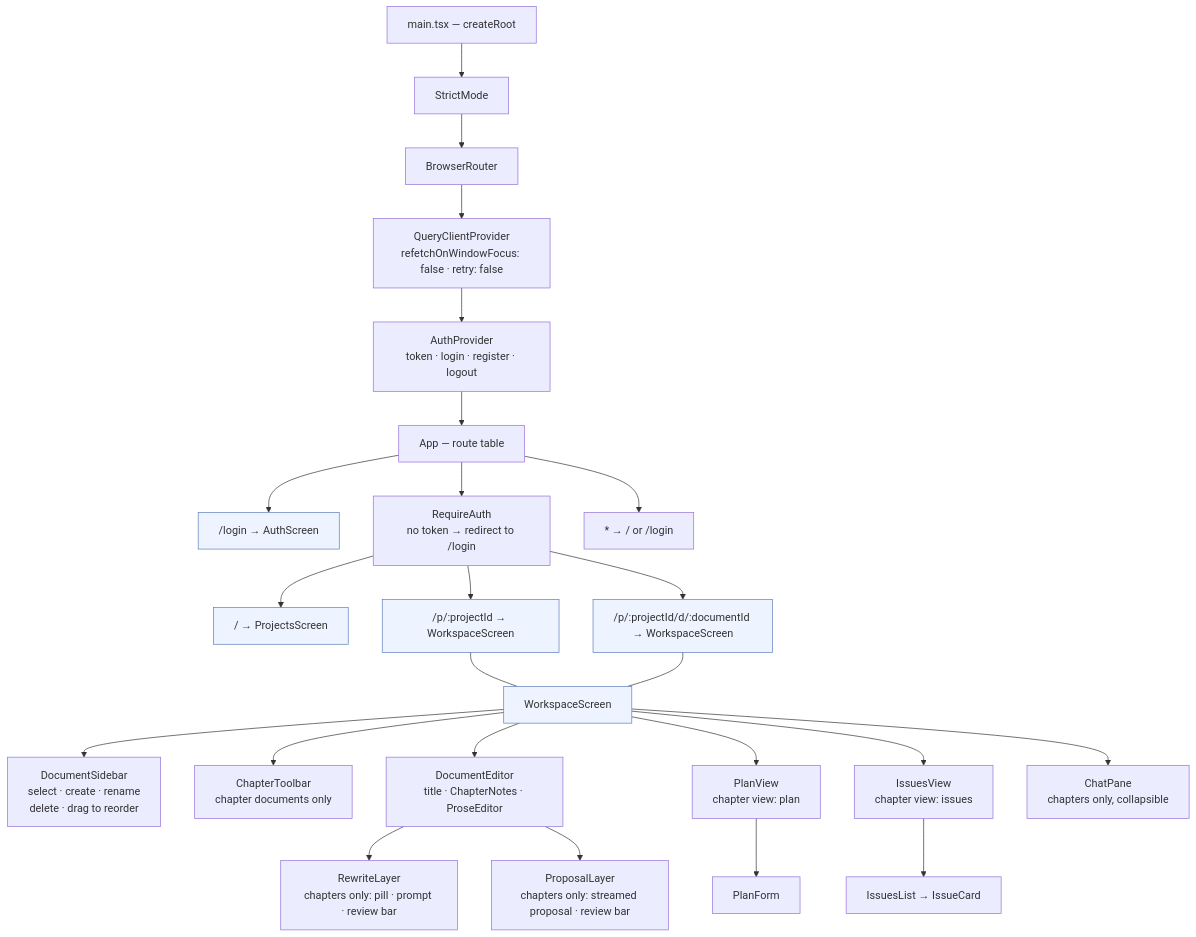
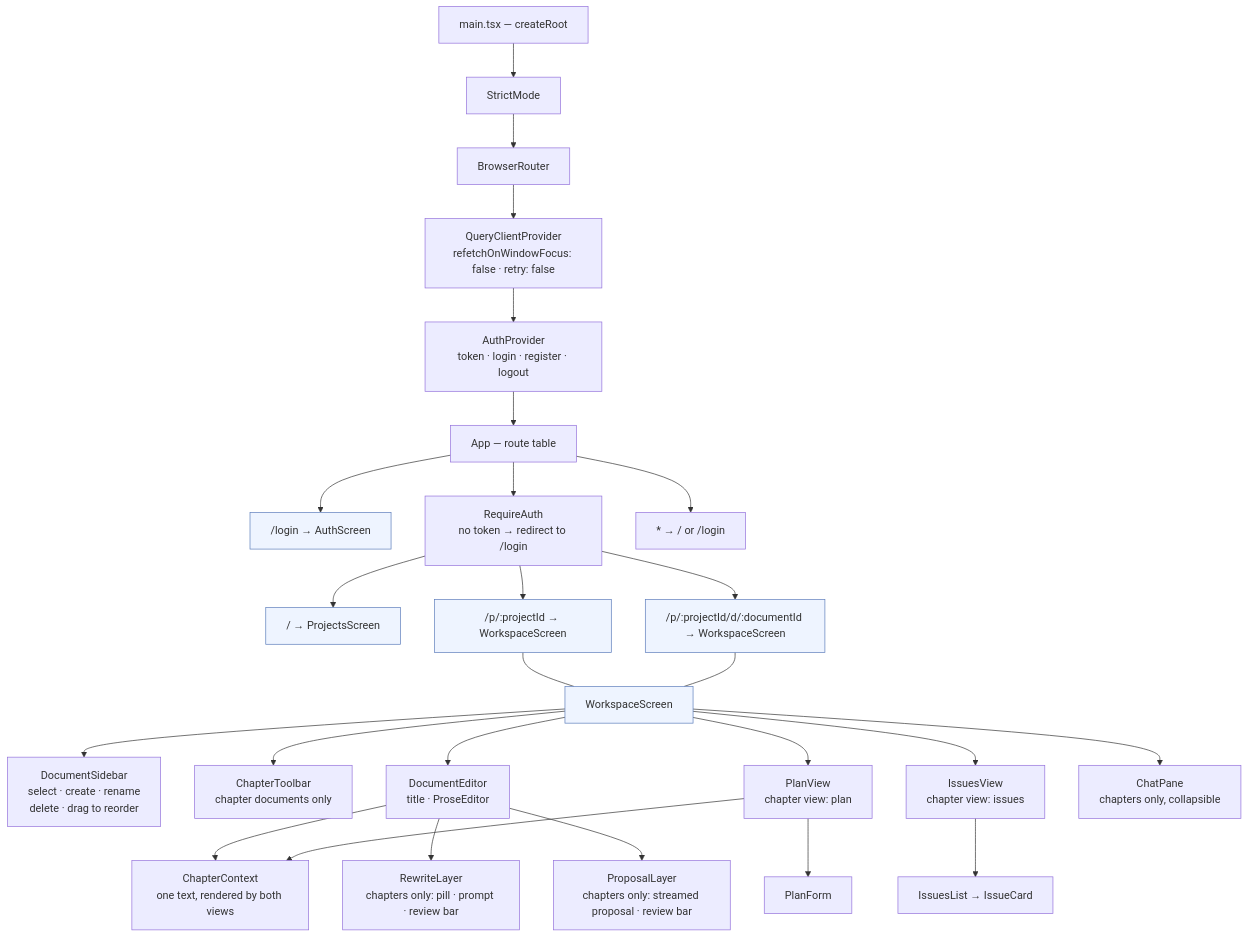
One commit to Akazz-L/maya changed the first of 3 diagrams in docs/diagrams/04-frontend-architecture.md. Above: the diagram before and after it, drawn with Mermaid. The commit also changed other lines of this file and 16 other files, not shown here.

First line of the commit message:
feat: chapter context, a plan you write or generate, and Review

````diff
--- a/docs/diagrams/04-frontend-architecture.md
+++ b/docs/diagrams/04-frontend-architecture.md
@@ -8,32 +8,34 @@
 ```mermaid
 graph TD
     ROOT["main.tsx — createRoot"] --> SM["StrictMode"]
     SM --> BR["BrowserRouter"]
     BR --> QCP["QueryClientProvider<br/>refetchOnWindowFocus: false · retry: false"]
     QCP --> AP["AuthProvider<br/>token · login · register · logout"]
     AP --> APP["App — route table"]
 
     APP --> LOGIN["/login → AuthScreen"]
     APP --> GUARD["RequireAuth<br/>no token → redirect to /login"]
     APP --> CATCH["* → / or /login"]
 
     GUARD --> PROJ["/ → ProjectsScreen"]
     GUARD --> WS1["/p/:projectId → WorkspaceScreen"]
     GUARD --> WS2["/p/:projectId/d/:documentId → WorkspaceScreen"]
 
     WS1 --- WS["WorkspaceScreen"]
     WS2 --- WS
     WS --> SIDE["DocumentSidebar<br/>select · create · rename<br/>delete · drag to reorder"]
     WS --> TB["ChapterToolbar<br/>chapter documents only"]
-    WS --> ED["DocumentEditor<br/>title · ChapterNotes · ProseEditor"]
+    WS --> ED["DocumentEditor<br/>title · ProseEditor"]
+    ED --> CC["ChapterContext<br/>one text, rendered by both views"]
     ED --> RL["RewriteLayer<br/>chapters only: pill · prompt · review bar"]
     ED --> PL["ProposalLayer<br/>chapters only: streamed proposal · review bar"]
     WS --> PV["PlanView<br/>chapter view: plan"]
     PV --> PF["PlanForm"]
+    PV --> CC
     WS --> IV["IssuesView<br/>chapter view: issues"]
     IV --> IL["IssuesList → IssueCard"]
     WS --> CP["ChatPane<br/>chapters only, collapsible"]
 
     classDef screen fill:#eef4ff,stroke:#5b7cba
     class LOGIN,PROJ,WS1,WS2,WS screen
 ```
````
